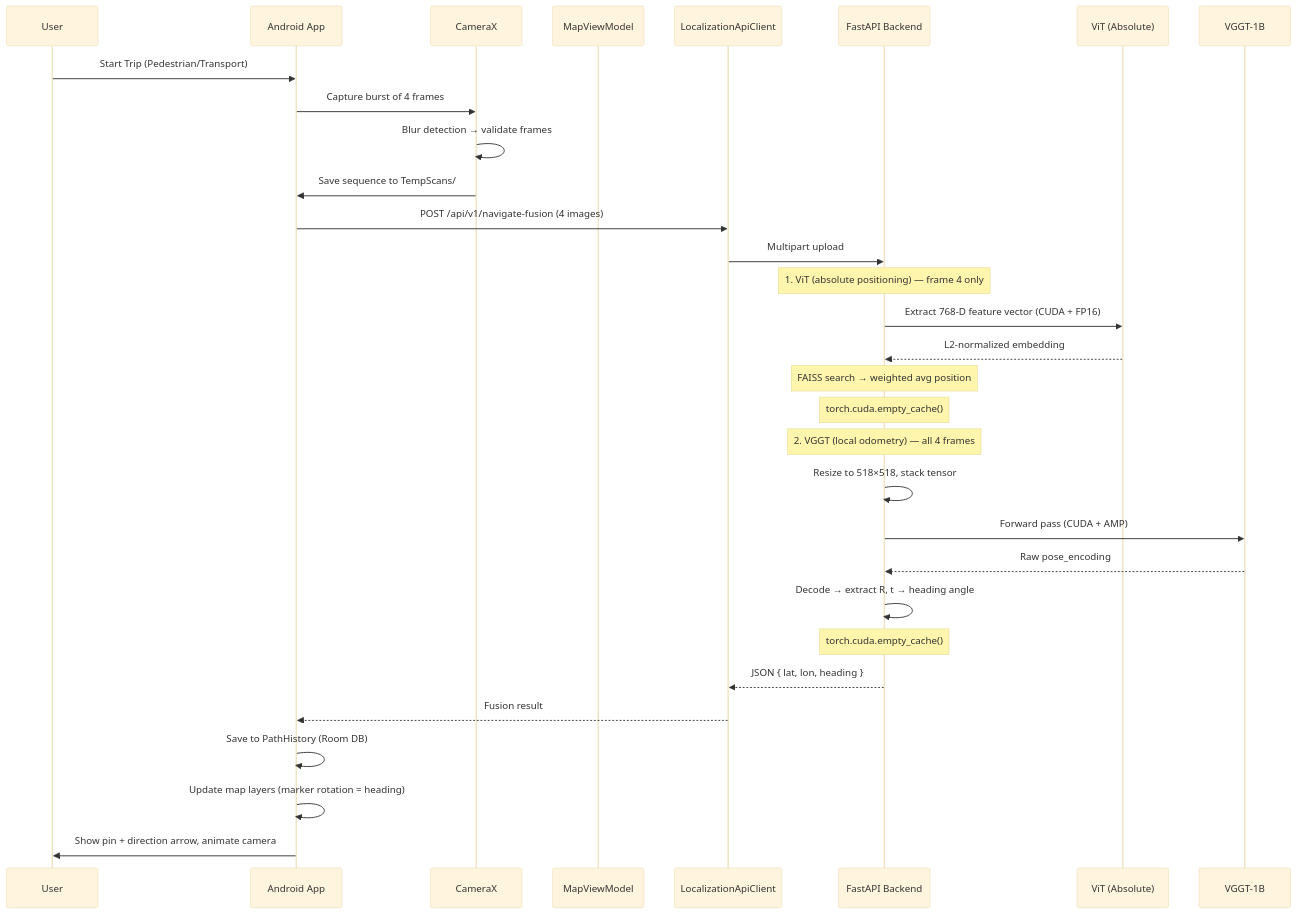
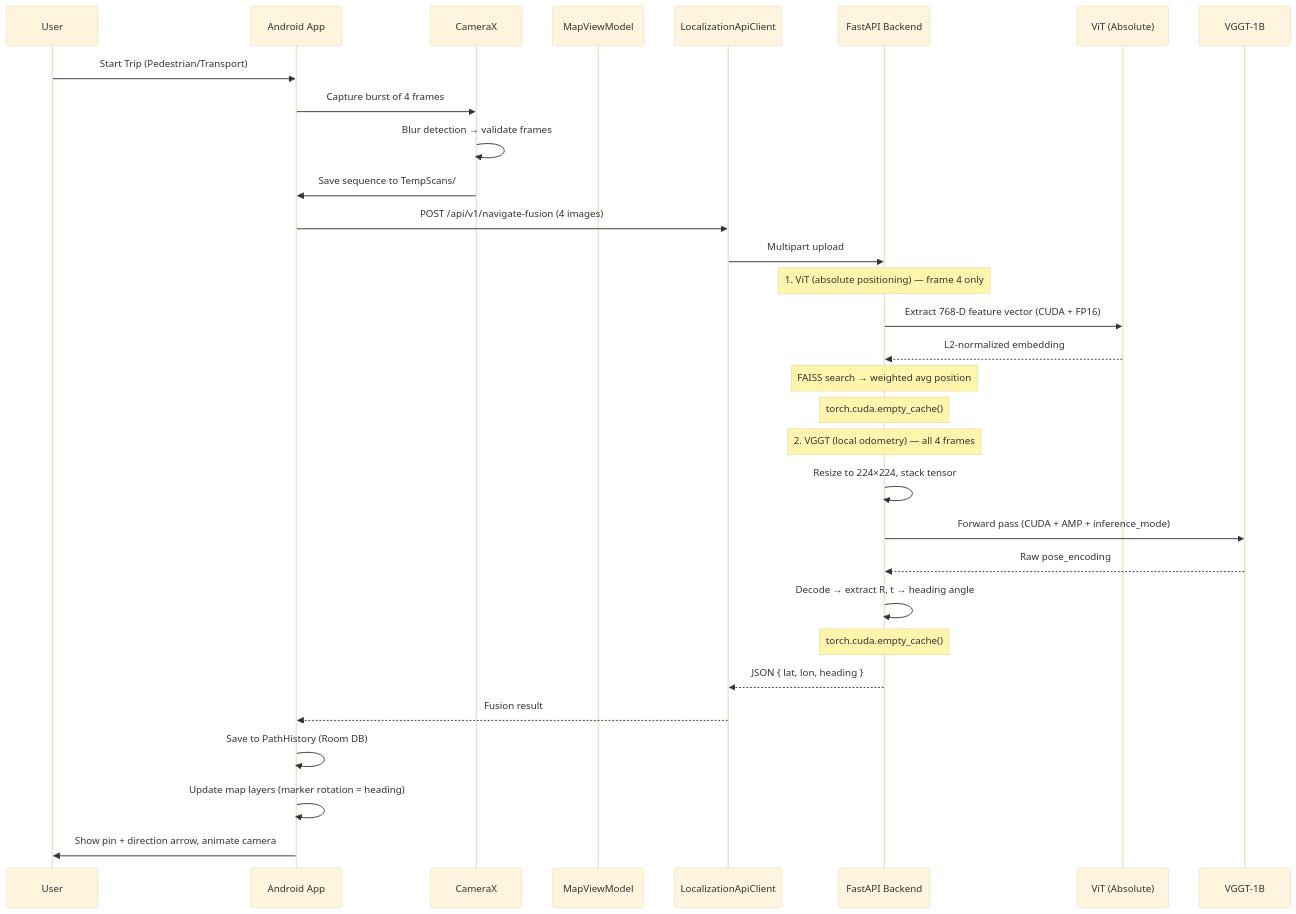
One commit to NVGTNTeam-VGGT-AnyLock/Navigation-with-vggt-and-vit-anylock- changed the diagram in PROJECT_ARCHITECTURE.md. Above: the diagram before and after it, drawn with Mermaid (base theme). The commit also changed other lines of this file and 3 other files, not shown here.

````diff
--- a/PROJECT_ARCHITECTURE.md
+++ b/PROJECT_ARCHITECTURE.md
@@ -100,38 +102,38 @@
 ```mermaid
 sequenceDiagram
     participant User
     participant App as Android App
     participant Camera as CameraX
     participant VM as MapViewModel
     participant API as LocalizationApiClient
     participant Backend as FastAPI Backend
     participant ViT as ViT (Absolute)
     participant VGGT as VGGT-1B
 
     User->>App: Start Trip (Pedestrian/Transport)
     App->>Camera: Capture burst of 4 frames
     Camera->>Camera: Blur detection → validate frames
     Camera->>App: Save sequence to TempScans/
 
     App->>API: POST /api/v1/navigate-fusion (4 images)
     API->>Backend: Multipart upload
 
     Note over Backend: 1. ViT (absolute positioning) — frame 4 only
     Backend->>ViT: Extract 768-D feature vector (CUDA + FP16)
     ViT-->>Backend: L2-normalized embedding
     Note over Backend: FAISS search → weighted avg position
     Note over Backend: torch.cuda.empty_cache()
 
     Note over Backend: 2. VGGT (local odometry) — all 4 frames
-    Backend->>Backend: Resize to 518×518, stack tensor
-    Backend->>VGGT: Forward pass (CUDA + AMP)
+    Backend->>Backend: Resize to 224×224, stack tensor
+    Backend->>VGGT: Forward pass (CUDA + AMP + inference_mode)
     VGGT-->>Backend: Raw pose_encoding
     Backend->>Backend: Decode → extract R, t → heading angle
     Note over Backend: torch.cuda.empty_cache()
 
     Backend-->>API: JSON { lat, lon, heading }
     API-->>App: Fusion result
     App->>App: Save to PathHistory (Room DB)
     App->>App: Update map layers (marker rotation = heading)
     App->>User: Show pin + direction arrow, animate camera
 ```
````
